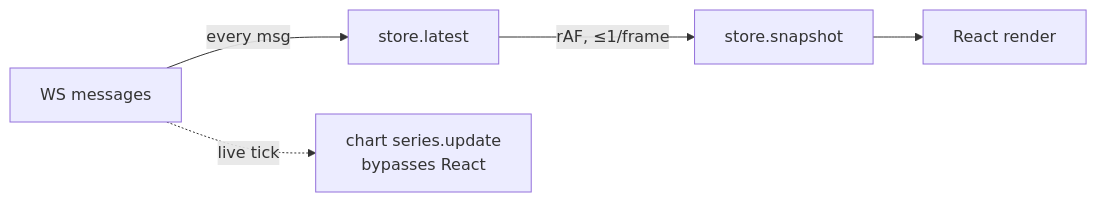
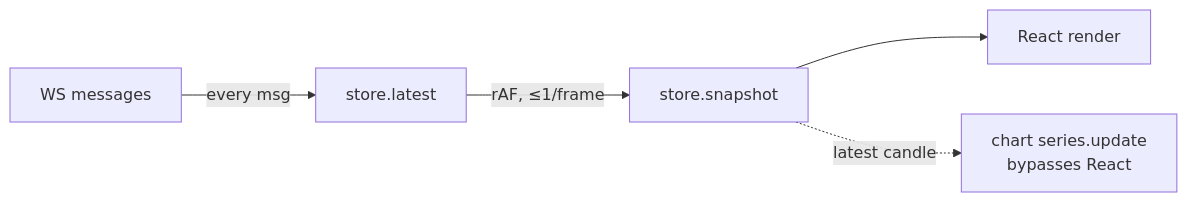
Before and after one commit to sjBao/order-trade-book: the fourth of 4 diagrams in README.md, drawn with Mermaid. The commit also changed other lines of this file, not shown here.

Commit message:
docs: fix README diagrams and next steps

````diff
--- a/README.md
+++ b/README.md
@@ -92,7 +94,7 @@
 ```mermaid
 flowchart LR
   M[WS messages] -->|every msg| L[store.latest]
   L -->|rAF, ≤1/frame| SN[store.snapshot]
   SN --> R[React render]
-  M -.->|live tick| CH[chart series.update<br/>bypasses React]
+  SN -.->|latest candle| CH[chart series.update<br/>bypasses React]
 ```
````
